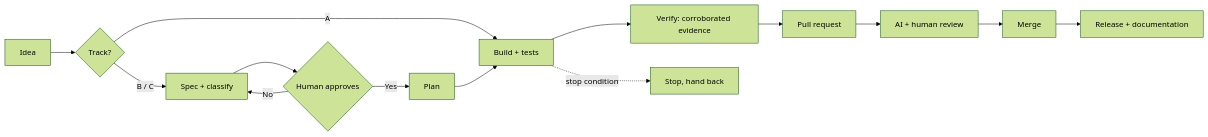
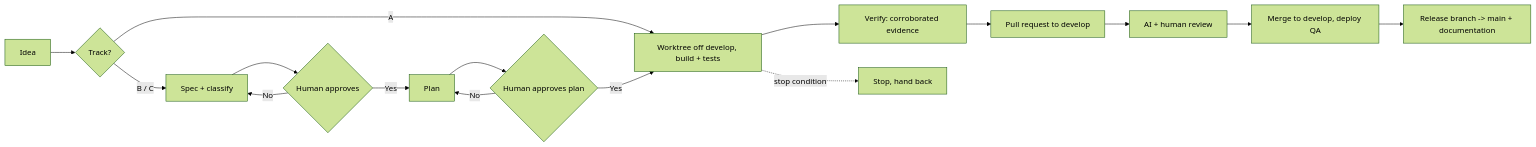
Before and after one commit to prishanf/AI-Development-Framework: the diagram in README.md, drawn with Mermaid (forest theme). The commit also changed other lines of this file and 22 other files, not shown here.

````diff
--- a/README.md
+++ b/README.md
@@ -42,16 +43,18 @@
 ```mermaid
 flowchart LR
     idea[Idea] --> track{Track?}
     track -->|A| build
     track -->|B / C| spec[Spec + classify]
     spec --> approve{Human approves}
     approve -->|No| spec
     approve -->|Yes| plan[Plan]
-    plan --> build[Build + tests]
+    plan --> planapprove{Human approves plan}
+    planapprove -->|No| plan
+    planapprove -->|Yes| build[Worktree off develop, build + tests]
     build --> verify[Verify: corroborated evidence]
-    verify --> pr[Pull request]
+    verify --> pr[Pull request to develop]
     pr --> review[AI + human review]
-    review --> merge[Merge]
-    merge --> release[Release + documentation]
+    review --> merge[Merge to develop, deploy QA]
+    merge --> release[Release branch -> main + documentation]
     build -.->|stop condition| halt[Stop, hand back]
 ```
````
